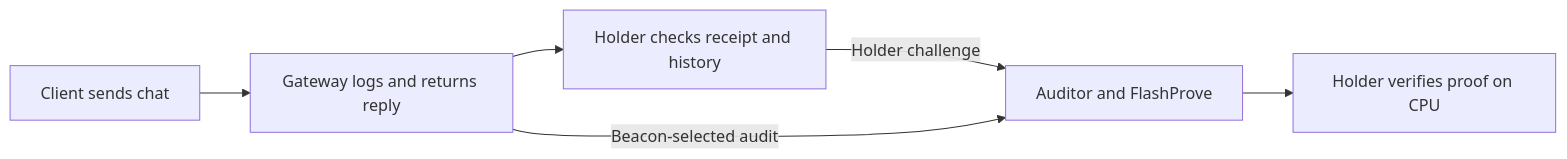
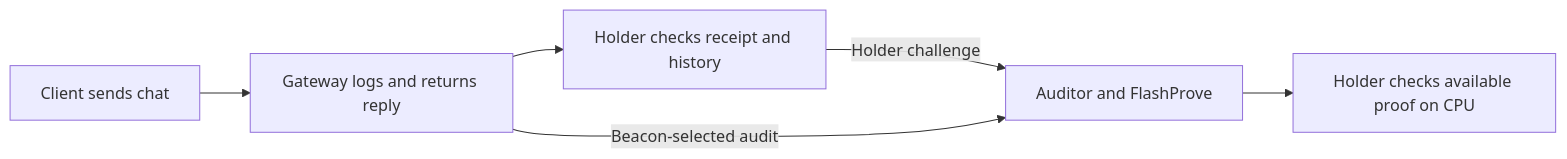
One commit to Lucid-Computing/akashi changed the diagram in README.md. Above: the diagram before and after it, drawn with Mermaid. The commit also changed other lines of this file and 1 other file, not shown here.

Commit message:
Link the exact recorded provider and holder sources

````diff
--- a/README.md
+++ b/README.md
@@ -34,8 +34,10 @@
 ```mermaid
 flowchart LR
+    accTitle: From chat to offline proof verification
+    accDescr: The gateway logs and returns the reply. Either a holder challenge or beacon selection starts a proof job. A holder with the evidence can verify it on a CPU.
     A["Client sends chat"] --> B["Gateway logs and returns reply"]
     B --> C["Holder checks receipt and history"]
     C -->|"Holder challenge"| D["Auditor and FlashProve"]
     B -->|"Beacon-selected audit"| D
-    D --> E["Holder verifies proof on CPU"]
+    D --> E["Holder checks available proof on CPU"]
 ```
````
